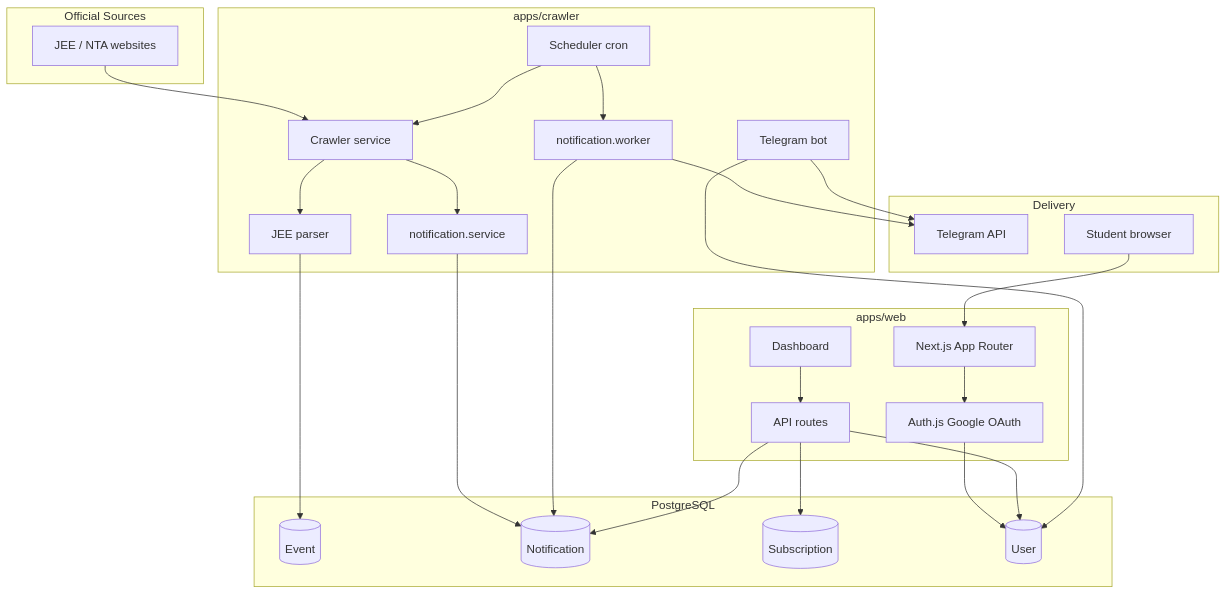
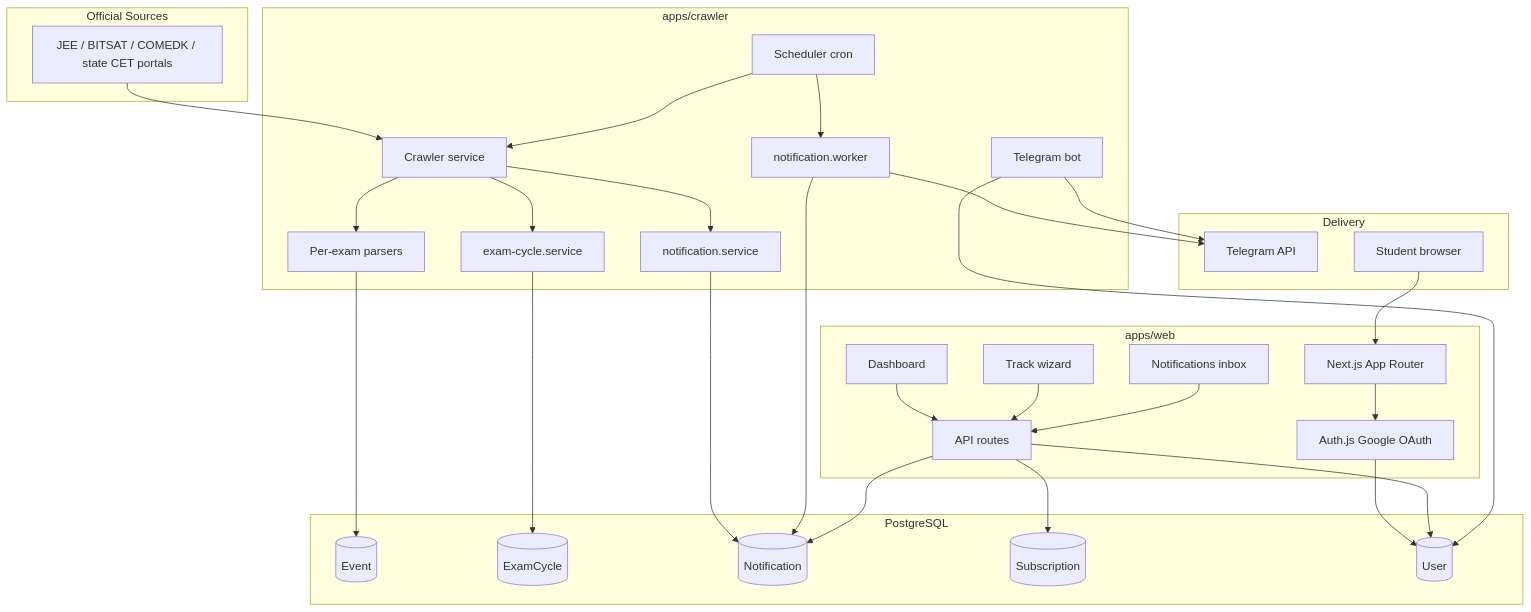
Before and after one commit to KelvinNath/Aviso: the diagram in docs/ARCHITECTURE.md, drawn with Mermaid. The commit also changed other lines of this file and 14 other files, not shown here.

````diff
--- a/docs/ARCHITECTURE.md
+++ b/docs/ARCHITECTURE.md
@@ -7,54 +7,62 @@
 ```mermaid
 flowchart TB
     subgraph sources [Official Sources]
-        NTA[JEE / NTA websites]
+        Portals[JEE / BITSAT / COMEDK / state CET portals]
     end
 
     subgraph crawler [apps/crawler]
         Scheduler[Scheduler cron]
         Crawler[Crawler service]
-        Parser[JEE parser]
+        Parsers[Per-exam parsers]
+        CycleSvc[exam-cycle.service]
         NotifSvc[notification.service]
         Worker[notification.worker]
         Bot[Telegram bot]
     end
 
     subgraph db [PostgreSQL]
         Events[(Event)]
+        Cycles[(ExamCycle)]
         Notifs[(Notification)]
         Subs[(Subscription)]
         Users[(User)]
     end
 
     subgraph web [apps/web]
         Next[Next.js App Router]
         Auth[Auth.js Google OAuth]
         Dash[Dashboard]
+        Track[Track wizard]
+        Inbox[Notifications inbox]
         API[API routes]
     end
 
     subgraph delivery [Delivery]
         TG[Telegram API]
         Browser[Student browser]
     end
 
-    NTA --> Crawler
+    Portals --> Crawler
     Scheduler --> Crawler
     Scheduler --> Worker
-    Crawler --> Parser
-    Parser --> Events
+    Crawler --> Parsers
+    Parsers --> Events
+    Crawler --> CycleSvc
+    CycleSvc --> Cycles
     Crawler --> NotifSvc
     NotifSvc --> Notifs
     Worker --> Notifs
     Worker --> TG
 
     Browser --> Next
     Next --> Auth
     Auth --> Users
     Dash --> API
+    Track --> API
+    Inbox --> API
     API --> Subs
     API --> Notifs
     API --> Users
     Bot --> Users
     Bot --> TG
 ```
````
